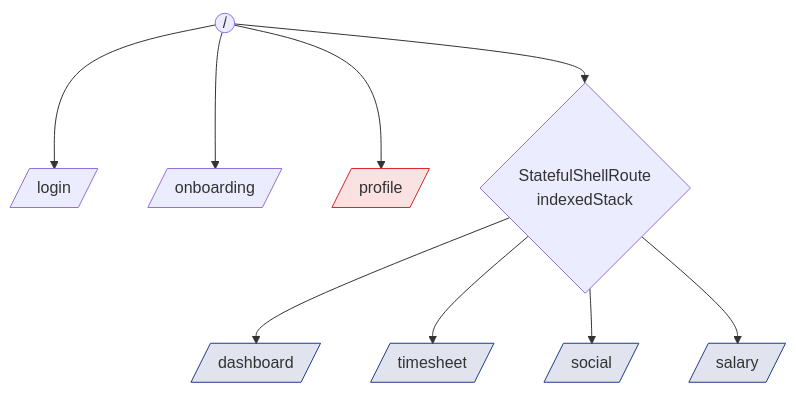
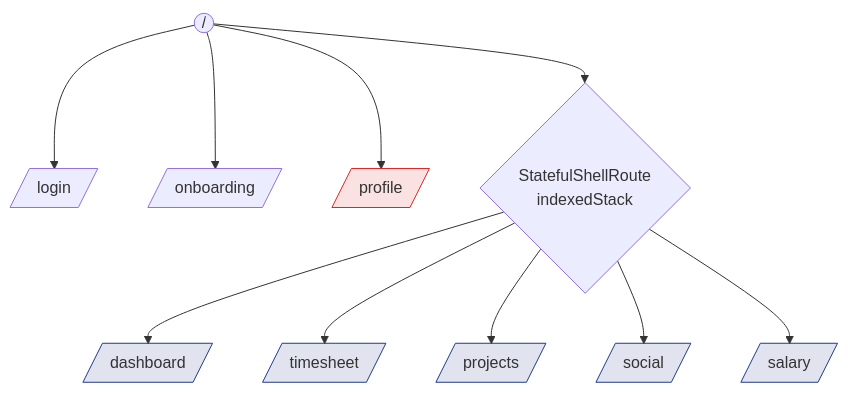
One commit to marcocipriani/chigio_time changed the first of 2 diagrams in docs/architecture/navigation.md. Above: the diagram before and after it, drawn with Mermaid. The commit also changed other lines of this file and 8 other files, not shown here.

Commit message:
docs: wiki + ROADMAP for 2026-06-23 batch; integrate ex backlog.md

````diff
--- a/docs/architecture/navigation.md
+++ b/docs/architecture/navigation.md
@@ -10,14 +10,15 @@
 ```mermaid
 flowchart TB
     R((/)) --> L[/login/]
     R --> O[/onboarding/]
     R --> P[/profile/]:::push
     R --> SH{StatefulShellRoute\nindexedStack}
     SH --> D[/dashboard/]:::tab
     SH --> T[/timesheet/]:::tab
+    SH --> PR[/projects/]:::tab
     SH --> S[/social/]:::tab
     SH --> SL[/salary/]:::tab
 
     classDef tab fill:#1e3a8a22,stroke:#1e3a8a;
     classDef push fill:#dc262622,stroke:#dc2626;
 ```
````
